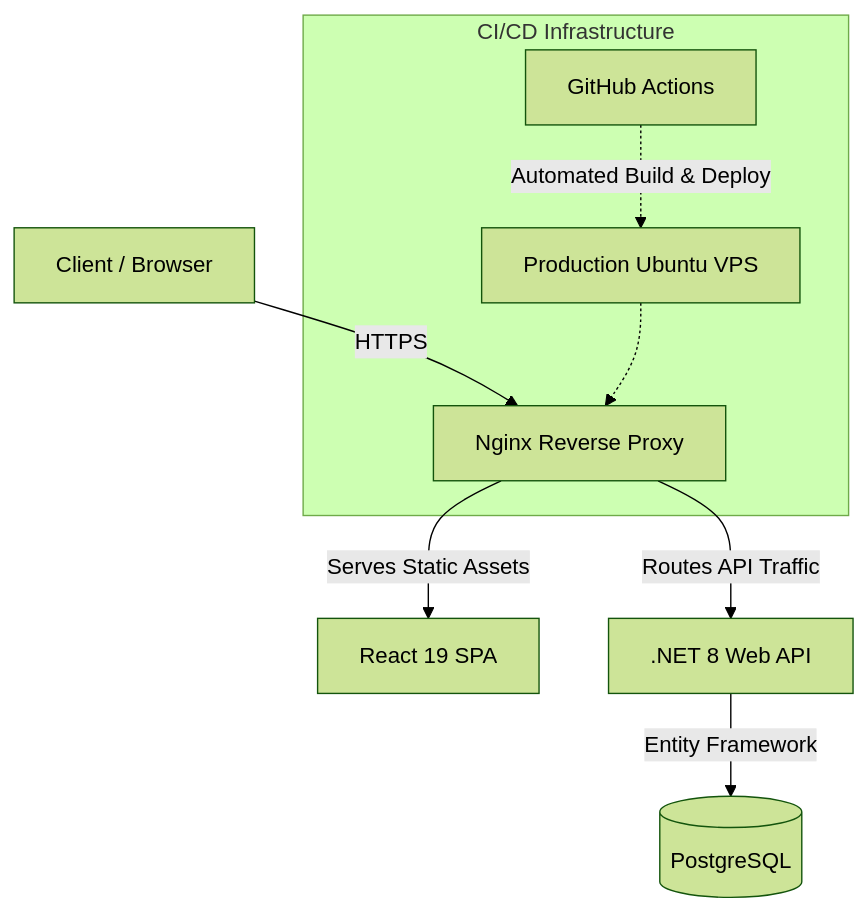
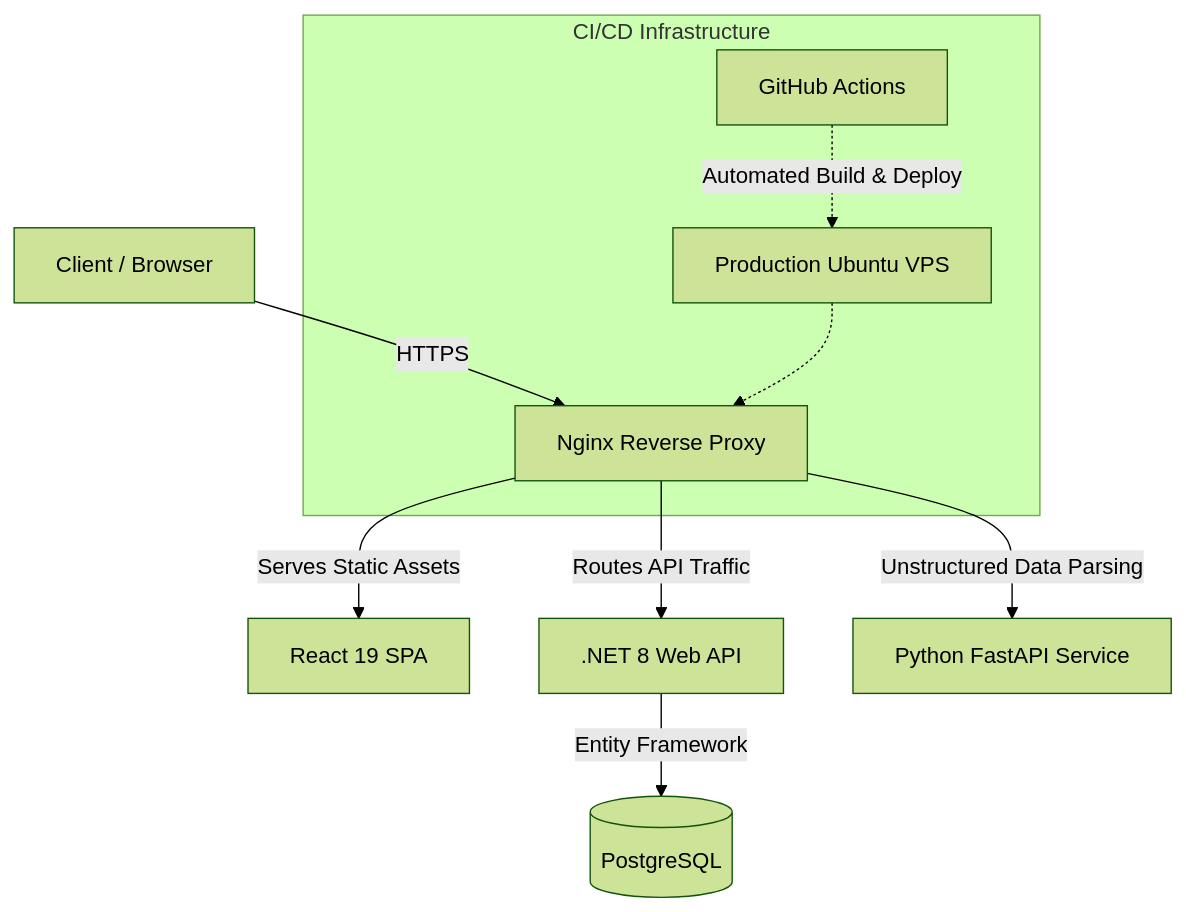
Before and after one commit to OdysseasKalaitsidis/MyIonio_MonoRepo: the diagram in README.md, drawn with Mermaid (forest theme). The commit also changed other lines of this file and 4 other files, not shown here.

````diff
--- a/README.md
+++ b/README.md
@@ -19,12 +31,13 @@
 ```mermaid
 graph TD
     Client[Client / Browser] -->|HTTPS| Nginx[Nginx Reverse Proxy]
     Nginx -->|Serves Static Assets| Frontend[React 19 SPA]
     Nginx -->|Routes API Traffic| Backend[.NET 8 Web API]
     Backend -->|Entity Framework| DB[(PostgreSQL)]
+    Nginx -->|Unstructured Data Parsing| AI[Python FastAPI Service]
     
     subgraph CI/CD Infrastructure
         GitHub[GitHub Actions] -.->|Automated Build & Deploy| VPS[Production Ubuntu VPS]
         VPS -.-> Nginx
     end
 ```
````
